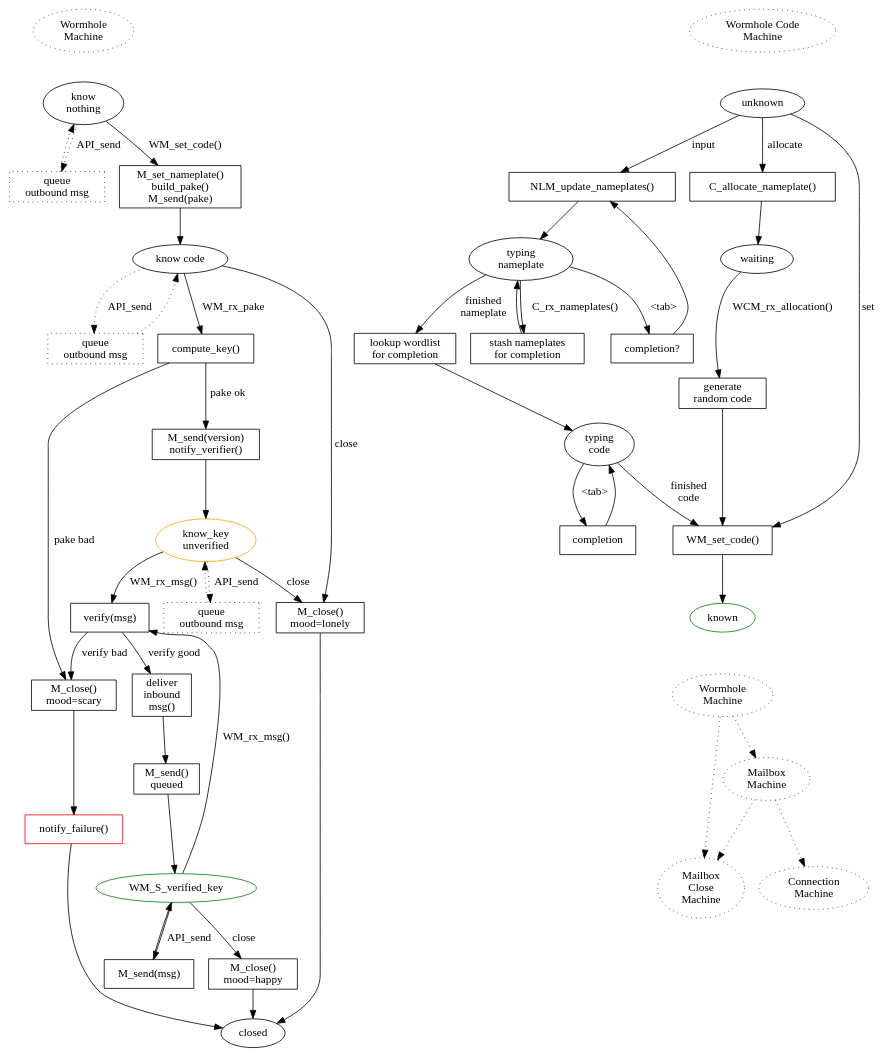
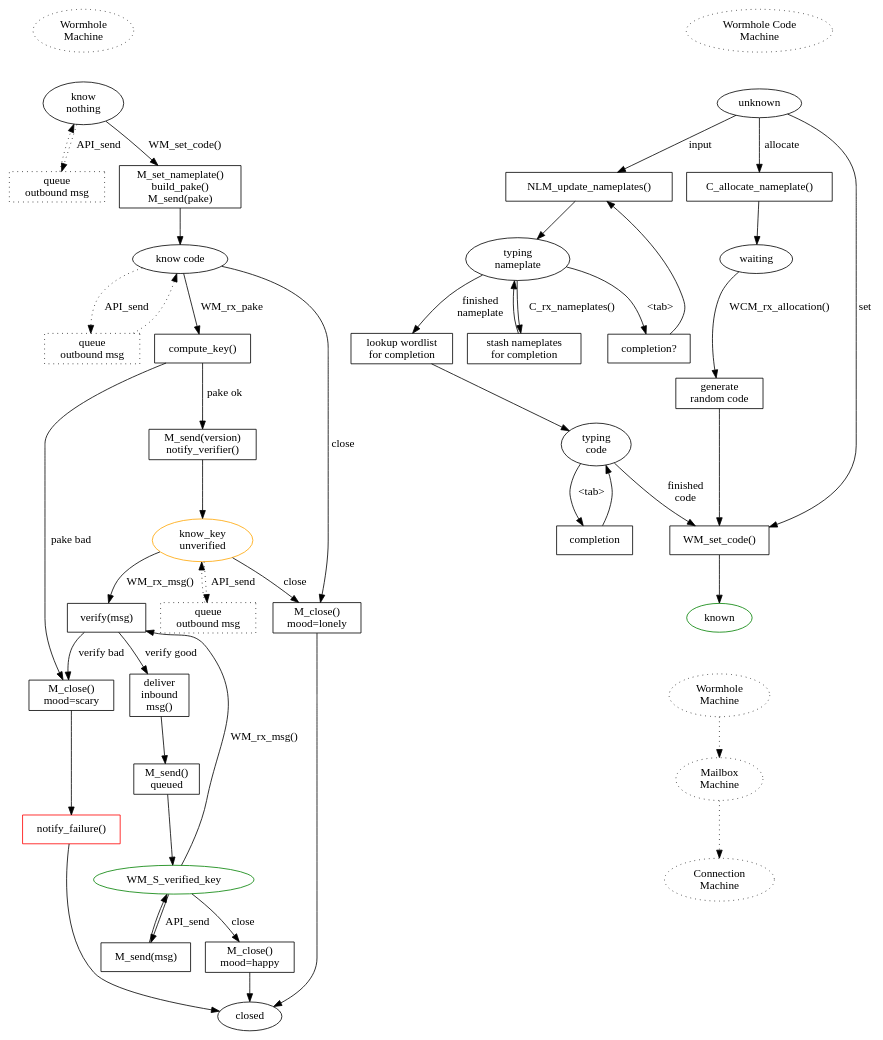
One commit to magic-wormhole/magic-wormhole changed the diagram in docs/w.dot. Above: the diagram before and after it, drawn with Graphviz. The commit also changed 2 other files, not shown here.

```diff
--- a/docs/w.dot
+++ b/docs/w.dot
@@ -200,10 +200,7 @@
         WCM_S_known -> O_WM [style="invis"]
         O_WM [label="Wormhole\nMachine" style="dotted"]
         O_WM -> O_MM [style="dotted"]
-        O_WM -> O_MCM [style="dotted"]
-        O_MM -> O_MCM [style="dotted"]
         O_MM [label="Mailbox\nMachine" style="dotted"]
-        O_MCM [label="Mailbox\nClose\nMachine" style="dotted"]
         O_MM -> O_CM [style="dotted"]
         O_CM [label="Connection\nMachine" style="dotted"]
 }
```
